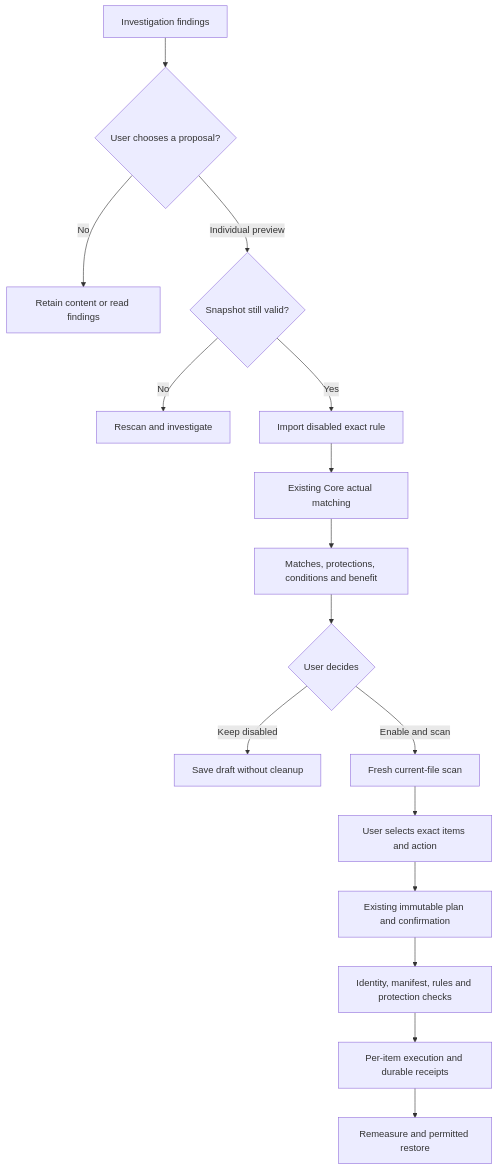
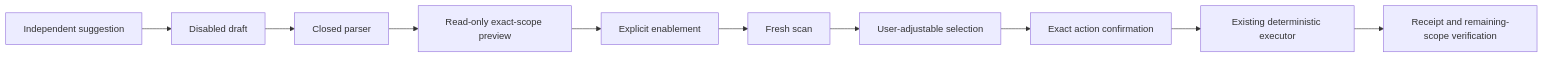
The fourth of 4 diagrams in docs/architecture/embedded-ai.md (limecloud/shou), drawn with Mermaid before and after one commit. The commit also changed other lines of this file and 312 other files, not shown here.

````diff
--- a/docs/architecture/embedded-ai.md
+++ b/docs/architecture/embedded-ai.md
@@ -276,18 +95,12 @@
 ```mermaid
-flowchart TB
-    Result[Investigation findings] --> Choice{User chooses a proposal?}
-    Choice -->|No| Keep[Retain content or read findings]
-    Choice -->|Individual preview| Fresh{Snapshot still valid?}
-    Fresh -->|No| New[Rescan and investigate]
-    Fresh -->|Yes| Draft[Import disabled exact rule]
-    Draft --> Preview[Existing Core actual matching]
-    Preview --> Explain[Matches, protections, conditions and benefit]
-    Explain --> Decision{User decides}
-    Decision -->|Keep disabled| Saved[Save draft without cleanup]
-    Decision -->|Enable and scan| Scan[Fresh current-file scan]
-    Scan --> Select[User selects exact items and action]
-    Select --> Plan[Existing immutable plan and confirmation]
-    Plan --> Verify[Identity, manifest, rules and protection checks]
-    Verify --> Receipt[Per-item execution and durable receipts]
-    Receipt --> Measure[Remeasure and permitted restore]
+flowchart LR
+    Suggestion[Independent suggestion] --> Import[Disabled draft]
+    Import --> Validate[Closed parser]
+    Validate --> Preview[Read-only exact-scope preview]
+    Preview --> Enable[Explicit enablement]
+    Enable --> Scan[Fresh scan]
+    Scan --> Select[User-adjustable selection]
+    Select --> Confirm[Exact action confirmation]
+    Confirm --> Execute[Existing deterministic executor]
+    Execute --> Verify[Receipt and remaining-scope verification]
 ```
````
